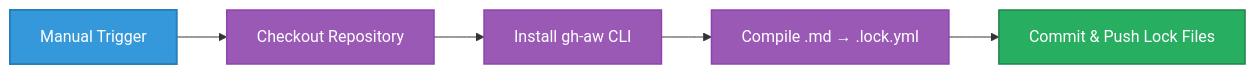
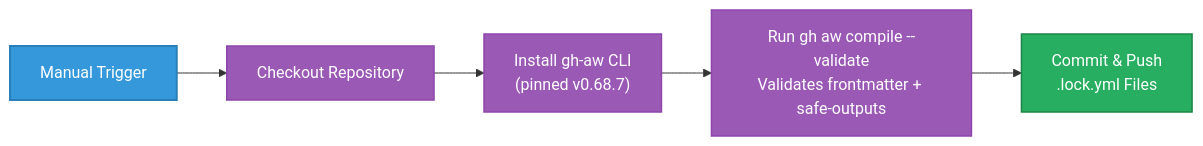
Before and after one commit to Hack23/euparliamentmonitor: the ninth of 22 diagrams in WORKFLOWS.md, drawn with Mermaid. The commit also changed other lines of this file and 8 other files, not shown here.

First line of the commit message:
docs: refresh ARCHITECTURE/EOL/WORKFLOWS/DATA_MODEL + FLOWCHART/STATEDIAGRAM/MINDMAP/BCPPlan/FinancialSecurityPlan for v0.8.40

````diff
--- a/WORKFLOWS.md
+++ b/WORKFLOWS.md
@@ -942,15 +948,15 @@
 ```mermaid
 graph LR
     A[Manual Trigger] --> B[Checkout Repository]
-    B --> C[Install gh-aw CLI]
-    C --> D[Compile .md → .lock.yml]
-    D --> E[Commit & Push Lock Files]
+    B --> C["Install gh-aw CLI<br/>(pinned v0.68.7)"]
+    C --> D["Run gh aw compile --validate<br/>Validates frontmatter + safe-outputs"]
+    D --> E["Commit & Push<br/>.lock.yml Files"]
 
     classDef trigger fill:#3498db,stroke:#2980b9,stroke-width:2px,color:white
     classDef process fill:#9b59b6,stroke:#8e44ad,stroke-width:1.5px,color:white
     classDef output fill:#27ae60,stroke:#1e8449,stroke-width:1.5px,color:white
 
     class A trigger
     class B,C,D process
     class E output
 ```
````
